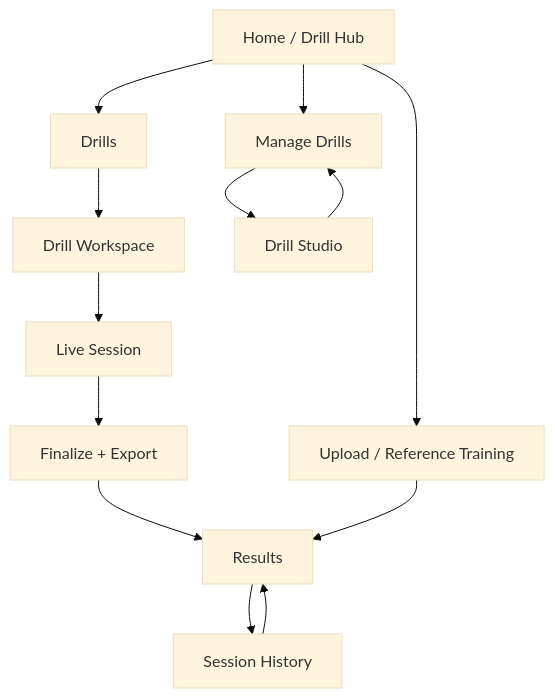
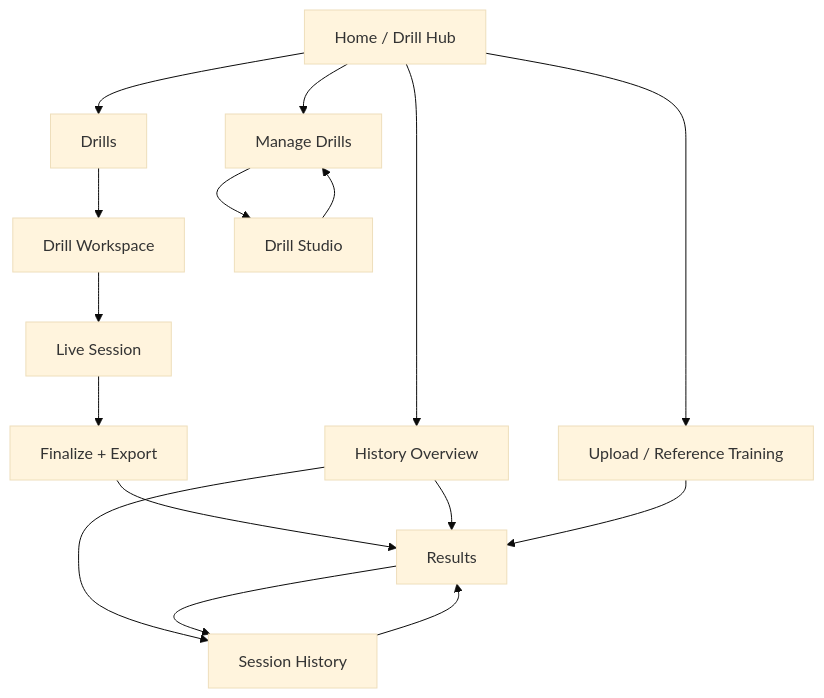
One commit to Voycepeh/Handstand-App changed the third of 4 diagrams in README.md. Above: the diagram before and after it, drawn with Mermaid (base theme). The commit also changed other lines of this file and 10 other files, not shown here.

````diff
--- a/README.md
+++ b/README.md
@@ -73,20 +75,23 @@
 ```mermaid
 flowchart TD
     HOME[Home / Drill Hub]
     DRILLS[Drills]
     WORKSPACE[Drill Workspace]
     LIVE[Live Session]
     FINALIZE[Finalize + Export]
     RESULTS[Results]
+    OVERVIEW[History Overview]
     HISTORY[Session History]
     MANAGE[Manage Drills]
     STUDIO[Drill Studio]
     UPLOAD[Upload / Reference Training]
 
     HOME --> DRILLS --> WORKSPACE --> LIVE --> FINALIZE --> RESULTS
+    HOME --> OVERVIEW --> RESULTS
+    OVERVIEW --> HISTORY
     RESULTS --> HISTORY
     HISTORY --> RESULTS
 
     HOME --> MANAGE --> STUDIO --> MANAGE
     HOME --> UPLOAD --> RESULTS
 ```
````
